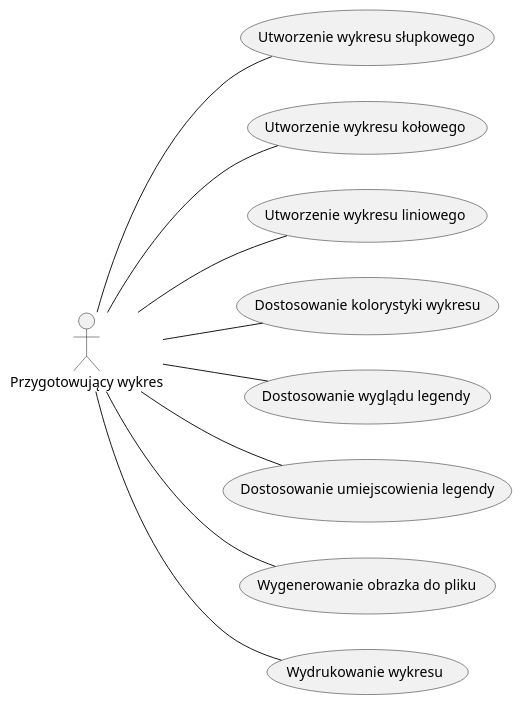
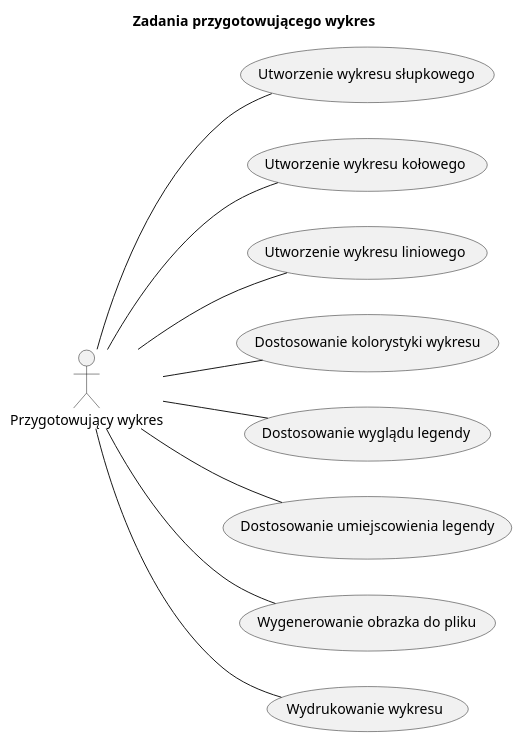
One commit to resultfulness/pgui-uml changed the diagram in src/requirements/tasks/tasks__diagram_creator.puml. Above: the diagram before and after it, drawn with PlantUML. The commit also changed 9 other files, not shown here.

```diff
--- a/src/requirements/tasks/tasks__diagram_creator.puml
+++ b/src/requirements/tasks/tasks__diagram_creator.puml
@@ -1,14 +1,16 @@
 @startuml
 left to right direction
+
+title Zadania przygotowującego wykres
 
 actor "Przygotowujący wykres" as diagram_creator
 
 diagram_creator -- (Utworzenie wykresu słupkowego)
 diagram_creator -- (Utworzenie wykresu kołowego)
 diagram_creator -- (Utworzenie wykresu liniowego)
 diagram_creator -- (Dostosowanie kolorystyki wykresu)
 diagram_creator -- (Dostosowanie wyglądu legendy)
 diagram_creator -- (Dostosowanie umiejscowienia legendy)
 diagram_creator -- (Wygenerowanie obrazka do pliku)
 diagram_creator -- (Wydrukowanie wykresu)
 @enduml
```
